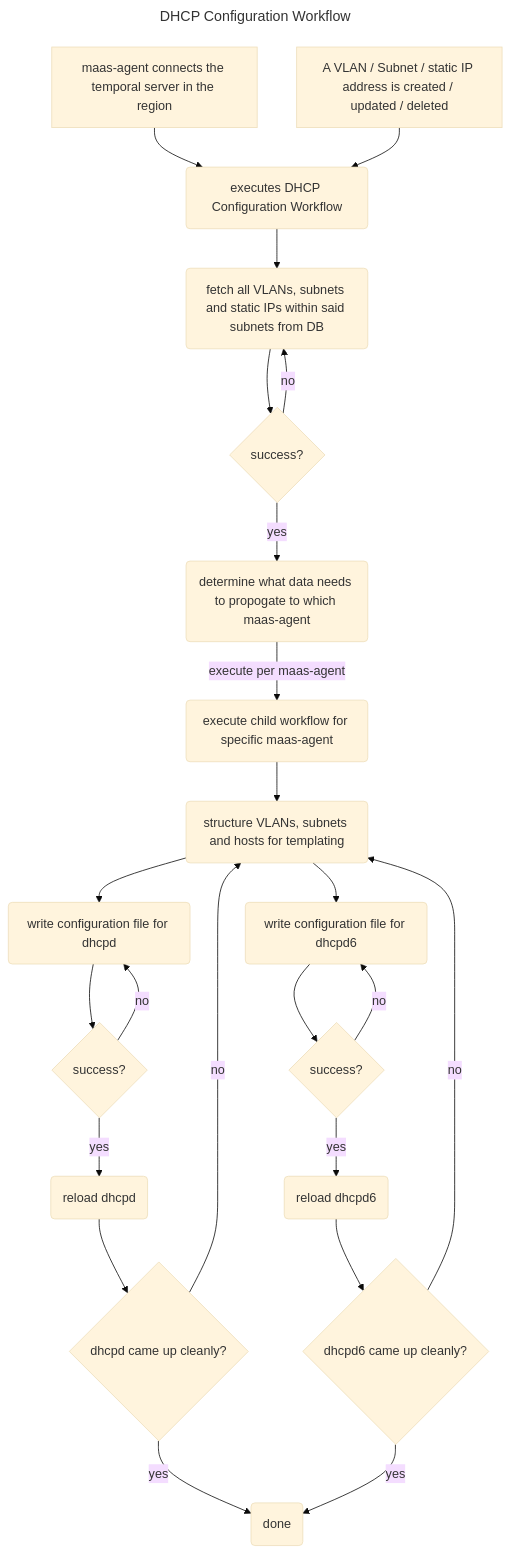
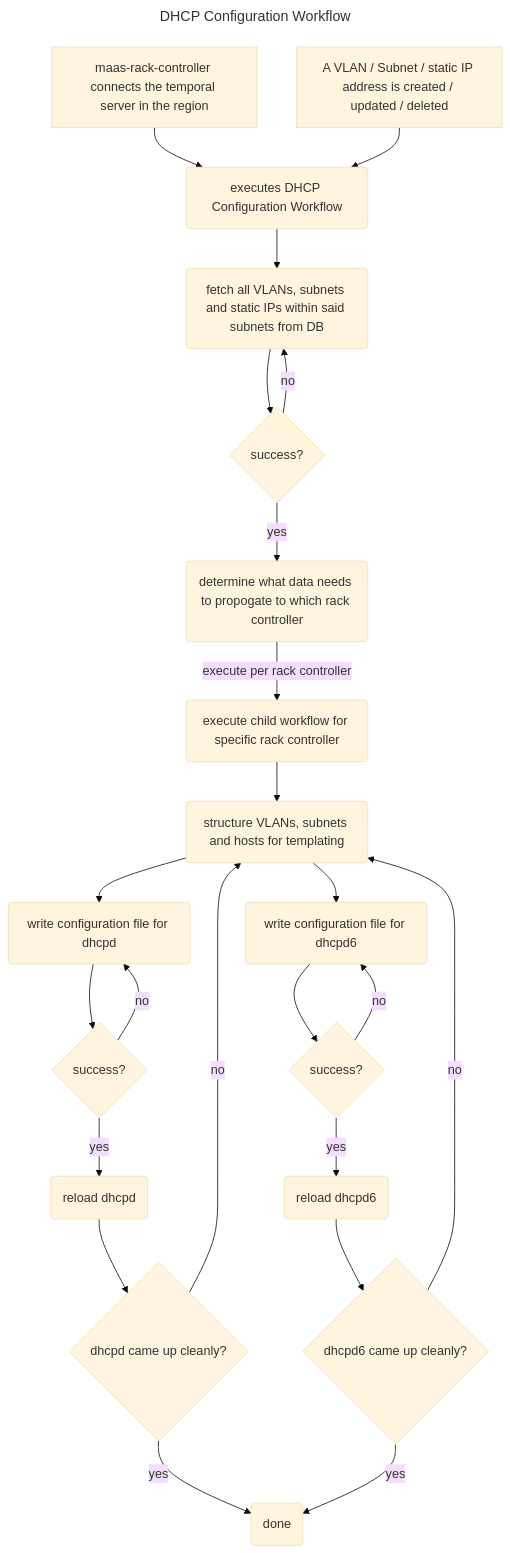
One commit to canonical/maas changed the diagram in workflows/dhcp/dhcp_configuration.mmd. Above: the diagram before and after it, drawn with Mermaid (base theme). The commit also changed 11 other files, not shown here.

First line of the commit message:
docs: rename MAAS agent to rack controller

```diff
--- a/workflows/dhcp/dhcp_configuration.mmd
+++ b/workflows/dhcp/dhcp_configuration.mmd
@@ -1,26 +1,26 @@
 ---
 title: DHCP Configuration Workflow
 ---
 flowchart TD
-    A[maas-agent connects the temporal server in the region] --> B(executes DHCP Configuration Workflow)
+    A[maas-rack-controller connects the temporal server in the region] --> B(executes DHCP Configuration Workflow)
     C[A VLAN / Subnet / static IP address is created / updated / deleted] --> B(executes DHCP Configuration Workflow)
     B --> D(fetch all VLANs, subnets and static IPs within said subnets from DB)
     D --> E{success?}
-    E -->|yes| F(determine what data needs to propogate to which maas-agent)
+    E -->|yes| F(determine what data needs to propogate to which rack controller)
     E -->|no| D
-    F -->|execute per maas-agent| G(execute child workflow for specific maas-agent)
+    F -->|execute per rack controller| G(execute child workflow for specific rack controller)
     G --> H(structure VLANs, subnets and hosts for templating)
     H --> I(write configuration file for dhcpd)
     H --> J(write configuration file for dhcpd6)
     I --> K{success?}
     K -->|yes| L(reload dhcpd)
     K -->|no| I
     J --> M{success?}
     M -->|yes| N(reload dhcpd6)
     M -->|no| J
     L --> O{dhcpd came up cleanly?}
     O -->|yes| P(done)
     O -->|no| H
     N --> Q{dhcpd6 came up cleanly?}
     Q -->|yes| P
     Q -->|no| H
```
